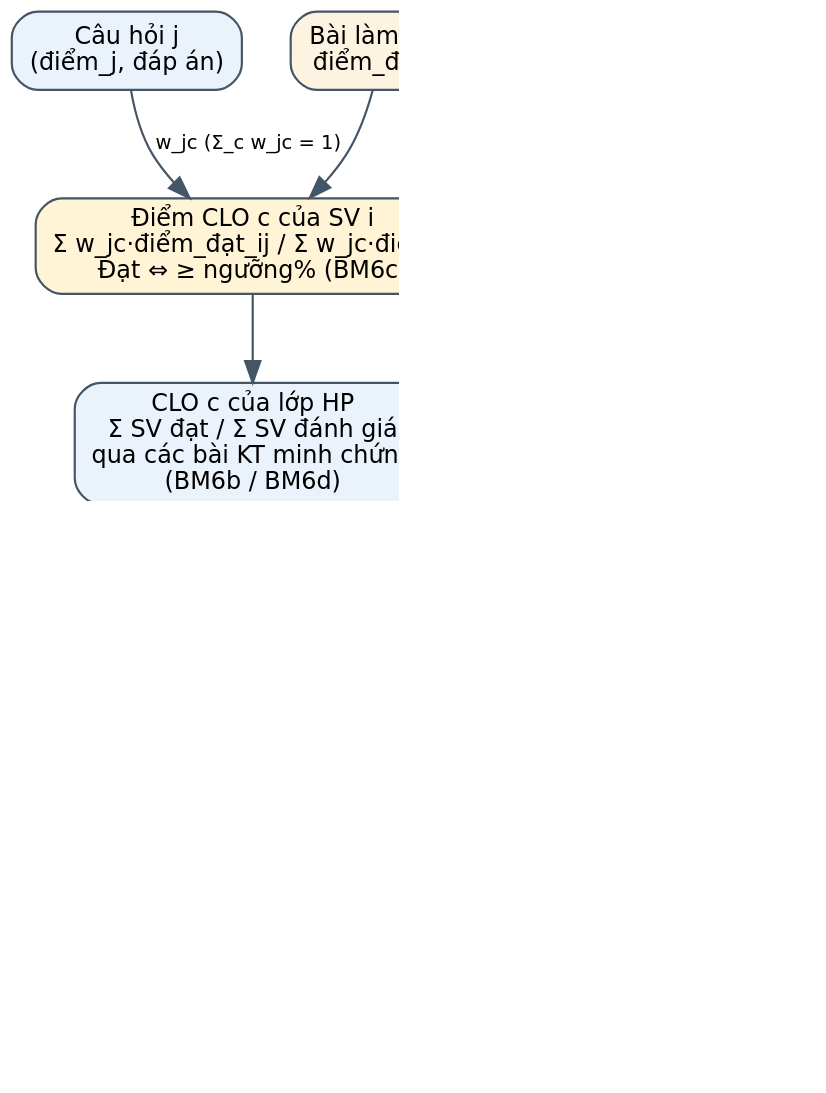
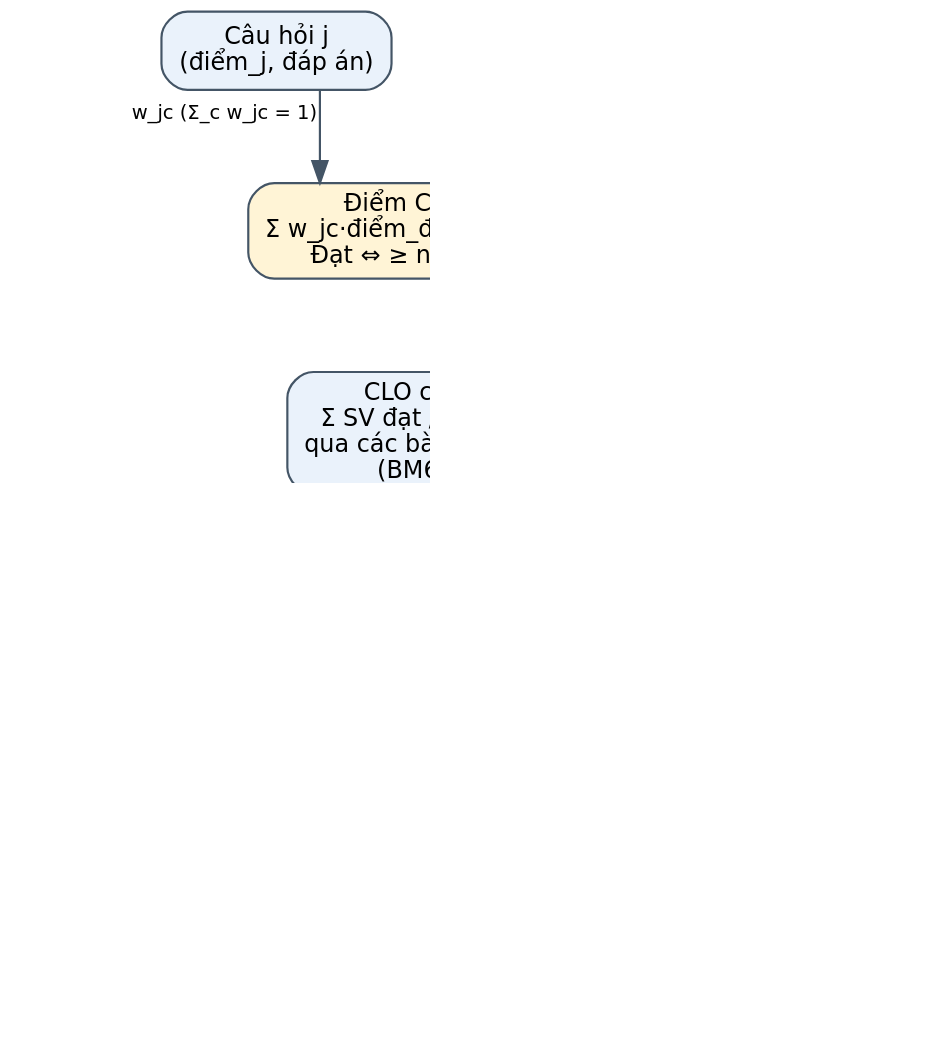
The diagram in docs/diagrams/mchain.dot (NguyenTanYen/TLCN), drawn with Graphviz before and after one commit. The commit also changed 11698 other files, not shown here.

```diff
--- a/docs/diagrams/mchain.dot
+++ b/docs/diagrams/mchain.dot
@@ -1,13 +1,13 @@
-digraph M { rankdir=TB; graph [fontname="DejaVu Sans", dpi=160, nodesep=0.3, ranksep=0.55];
+digraph M { rankdir=TB; graph [splines=ortho, fontname="DejaVu Sans", dpi=160, nodesep=1.1, ranksep=0.6, forcelabels=true];
 node [shape=box, style="rounded,filled", fontname="DejaVu Sans", fontsize=11, fillcolor="#EAF2FB", color="#445566"];
 edge [fontname="DejaVu Sans", fontsize=9, color="#445566"];
 q [label="Câu hỏi j\n(điểm_j, đáp án)"];
 r [label="Bài làm SV i\nđiểm_đạt_ij", fillcolor="#FDF3E1"];
 clo_i [label="Điểm CLO c của SV i\nΣ w_jc·điểm_đạt_ij / Σ w_jc·điểm_j\nĐạt ⇔ ≥ ngưỡng% (BM6c)", fillcolor="#FFF4D6"];
 clo [label="CLO c của lớp HP\nΣ SV đạt / Σ SV đánh giá\nqua các bài KT minh chứng\n(BM6b / BM6d)"];
 course [label="CĐR môn học\nΣ đạt / Σ đánh giá mọi CLO\nso chỉ tiêu môn (BM6b)"];
 pi [label="PI k (kế hoạch BM3b)\nΣ kết quả các CLO minh chứng\ncủa môn, HK kế hoạch (BM3c)"];
 plo [label="PLO (năm học)\nΣ kết quả các PI\nso chỉ tiêu CĐR (BM3c)"];
 prog [label="CTĐT\nΣ đạt / Σ đánh giá\ncác PLO đã đo (BM2)", fillcolor="#EAF6EA"];
-q -> clo_i [label="w_jc (Σ_c w_jc = 1)"]; r -> clo_i; clo_i -> clo; clo -> course; clo -> pi [label="pi_plan_clos\n(hoặc clo_plo_mapping)"]; pi -> plo; plo -> prog;
+q -> clo_i [xlabel="w_jc (Σ_c w_jc = 1)"]; r -> clo_i; clo_i -> clo; clo -> course; clo -> pi [xlabel="pi_plan_clos\n(hoặc\nclo_plo_mapping)"]; pi -> plo; plo -> prog;
 }
```
